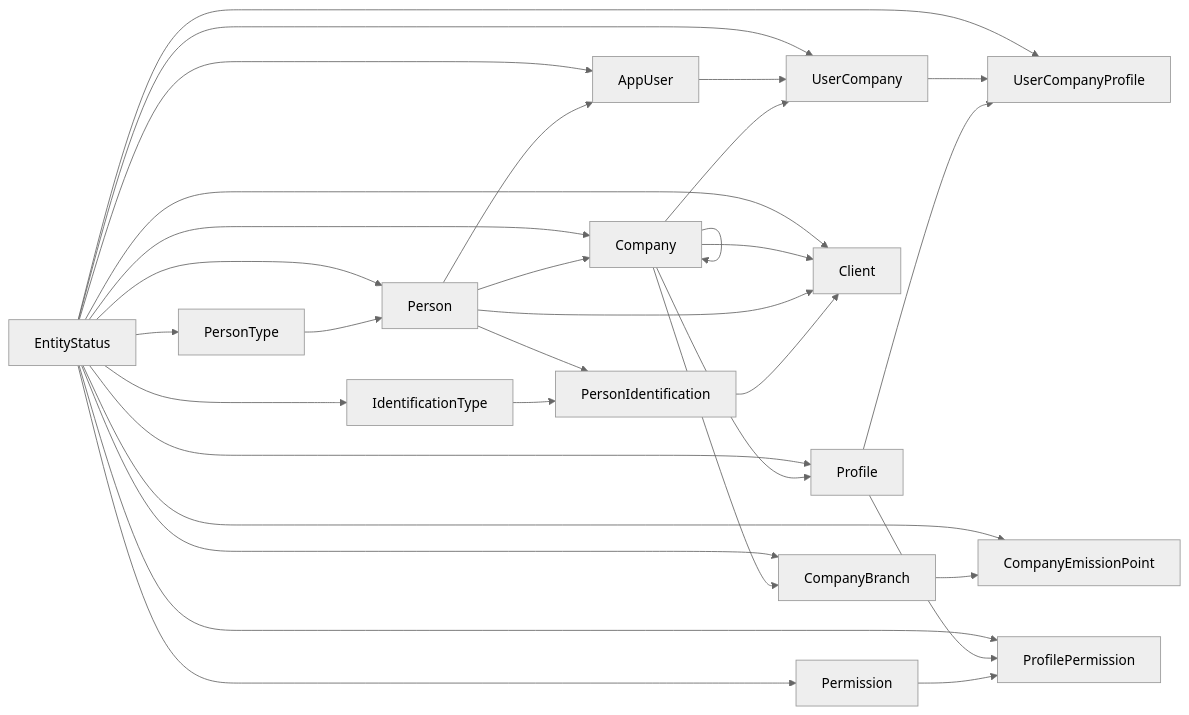
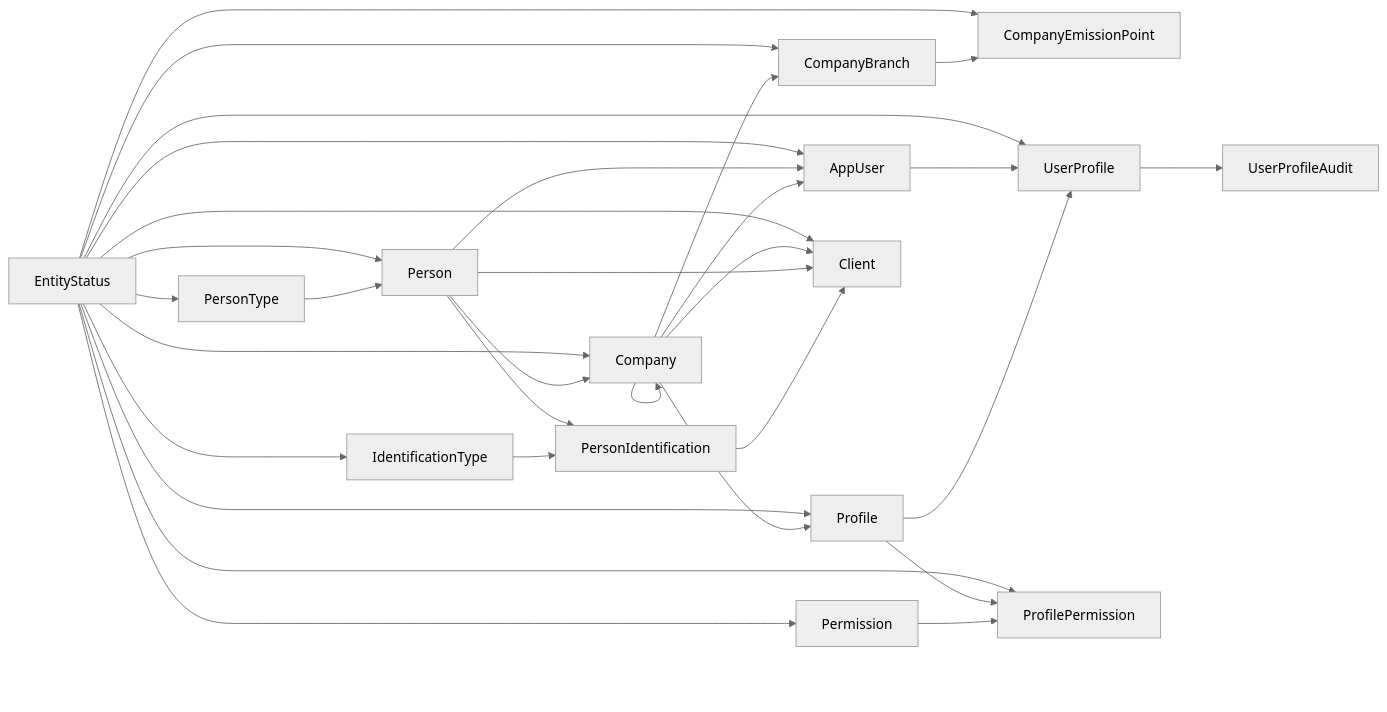
The diagram in database/docs/db/ER_DIAGRAM.md (aguachis/Nicole-DB), drawn with Mermaid (neutral theme) before and after one commit. The commit also changed other lines of this file and 76 other files, not shown here.

````diff
--- a/database/docs/db/ER_DIAGRAM.md
+++ b/database/docs/db/ER_DIAGRAM.md
@@ -3,50 +3,49 @@
 ```mermaid
 flowchart LR
     Status[EntityStatus]
     IdType[IdentificationType]
     PersonType[PersonType]
     Person[Person]
     PersonId[PersonIdentification]
     Company[Company]
     Branch[CompanyBranch]
     Emission[CompanyEmissionPoint]
     User[AppUser]
+    UserProfile[UserProfile]
+    UserProfileAudit[UserProfileAudit]
     Profile[Profile]
     Permission[Permission]
     ProfilePermission[ProfilePermission]
-    UserCompany[UserCompany]
-    UserCompanyProfile[UserCompanyProfile]
     Client[Client]
 
     Status --> IdType
     Status --> PersonType
     Status --> Person
     Status --> Company
     Status --> Branch
     Status --> Emission
     Status --> User
+    Status --> UserProfile
     Status --> Profile
     Status --> Permission
     Status --> ProfilePermission
-    Status --> UserCompany
-    Status --> UserCompanyProfile
     Status --> Client
 
     PersonType --> Person
     Person --> PersonId
     IdType --> PersonId
     Person --> User
     Person --> Company
     Company --> Company
     Company --> Branch --> Emission
     Company --> Profile
-    User --> UserCompany
-    Company --> UserCompany
-    UserCompany --> UserCompanyProfile
-    Profile --> UserCompanyProfile
+    Company --> User
+    User --> UserProfile
+    Profile --> UserProfile
+    UserProfile --> UserProfileAudit
     Profile --> ProfilePermission
     Permission --> ProfilePermission
     Company --> Client
     Person --> Client
     PersonId --> Client
 ```
````
